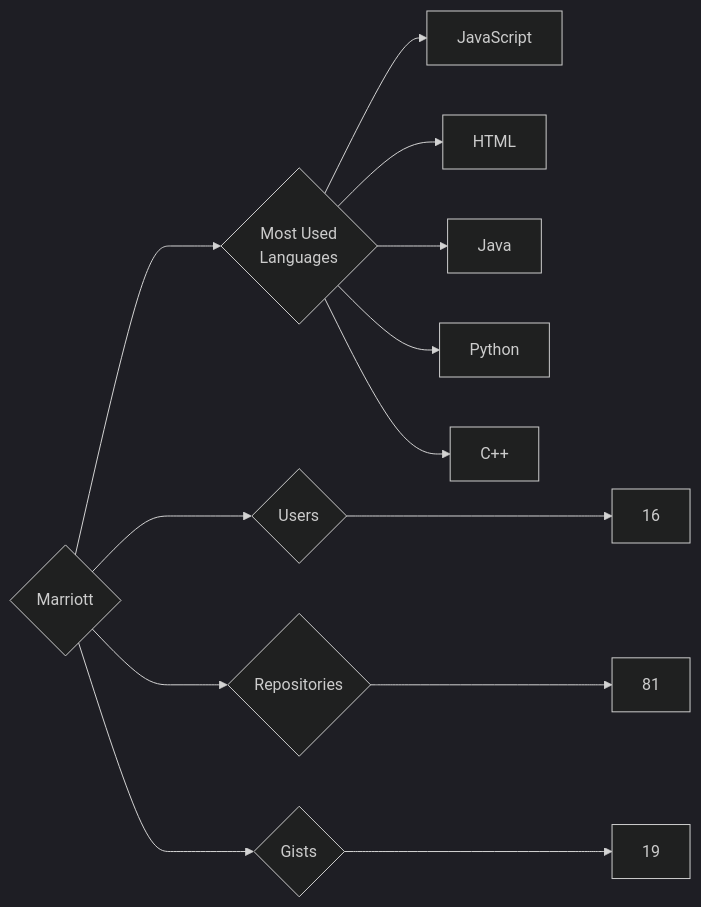
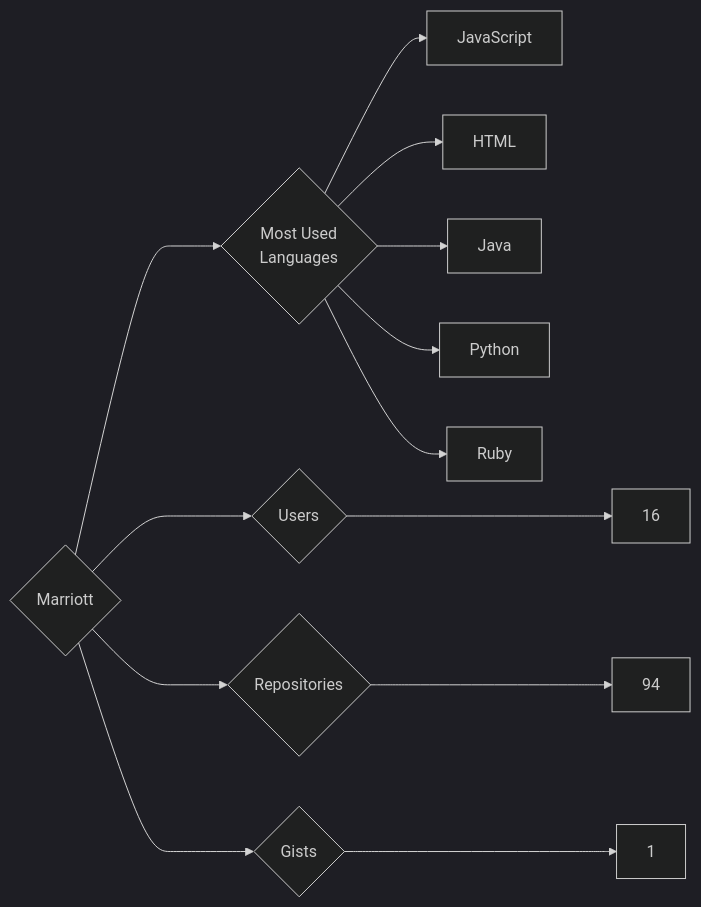
The diagram in targets/Marriott/README.md (trickest/insiders), drawn with Mermaid (dark theme) before and after one commit. The commit also changed 953 other files, not shown here.

````diff
--- a/targets/Marriott/README.md
+++ b/targets/Marriott/README.md
@@ -3,13 +3,13 @@
 ```mermaid
 graph LR
 COMPANY_NAME{Marriott}
 COMPANY_NAME ---> U{Users} ---> UN[16]
-COMPANY_NAME ---> R{Repositories} ---> RN[81]
-COMPANY_NAME ---> G{Gists} ---> GN[19]
+COMPANY_NAME ---> R{Repositories} ---> RN[94]
+COMPANY_NAME ---> G{Gists} ---> GN[1]
 COMPANY_NAME ---> ML{Most Used<br>Languages}
 ML --> JavaScript[JavaScript]
 ML --> HTML[HTML]
 ML --> Java[Java]
 ML --> Python[Python]
-ML --> C++[C++]
+ML --> Ruby[Ruby]
 ```
````
